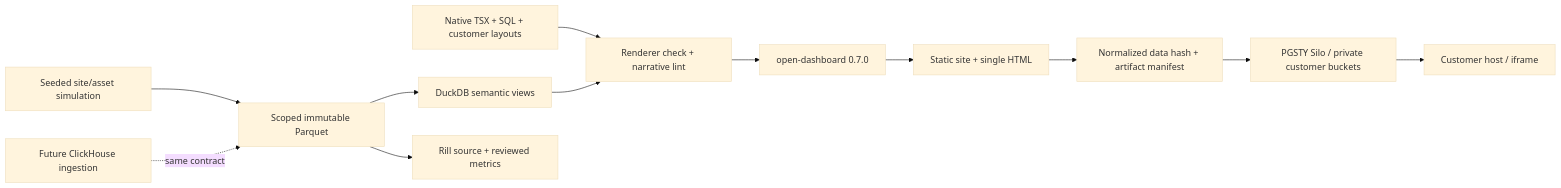
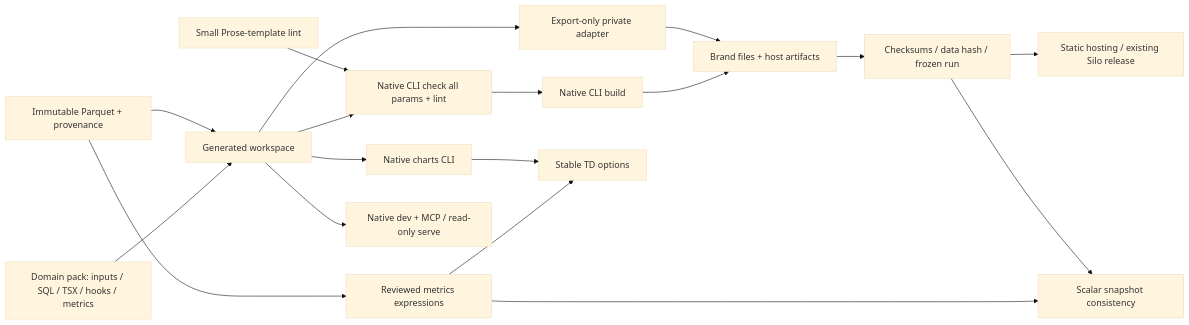
The diagram in docs/architecture.md (clarencechien/odsh), drawn with Mermaid (base theme) before and after one commit. The commit also changed other lines of this file and 29 other files, not shown here.

Commit message:
W9: verify native runtime and reader compatibility, refresh S1 handoff

````diff
--- a/docs/architecture.md
+++ b/docs/architecture.md
@@ -3,14 +3,20 @@
 ```mermaid
 flowchart LR
-  Generator[Seeded site/asset simulation] --> P[Scoped immutable Parquet]
-  CH[Future ClickHouse ingestion] -. same contract .-> P
-  P --> Duck[DuckDB semantic views]
-  Templates[Native TSX + SQL + customer layouts] --> Check[Renderer check + narrative lint]
-  Duck --> Check
-  Check --> OD[open-dashboard 0.7.0]
-  OD --> Site[Static site + single HTML]
-  Site --> Manifest[Normalized data hash + artifact manifest]
-  Manifest --> Silo[PGSTY Silo / private customer buckets]
-  Silo --> Host[Customer host / iframe]
-  P --> Rill[Rill source + reviewed metrics]
+  Pack[Domain pack: inputs / SQL / TSX / hooks / metrics] --> Workspace[Generated workspace]
+  Input[Immutable Parquet + provenance] --> Workspace
+  Workspace --> Check[Native CLI check all params + lint]
+  Prose[Small Prose-template lint] --> Check
+  Check --> Build[Native CLI build]
+  Workspace --> Export[Export-only private adapter]
+  Build --> Brand[Brand files + host artifacts]
+  Export --> Brand
+  Brand --> Run[Checksums / data hash / frozen run]
+  Run --> Delivery[Static hosting / existing Silo release]
+  Input --> Metrics[Reviewed metrics expressions]
+  Metrics --> T18[Scalar snapshot consistency]
+  Run --> T18
+  Metrics --> TD[Stable TD options]
+  Workspace --> Catalog[Native charts CLI]
+  Catalog --> TD
+  Workspace --> Runtime[Native dev + MCP / read-only serve]
 ```
````
